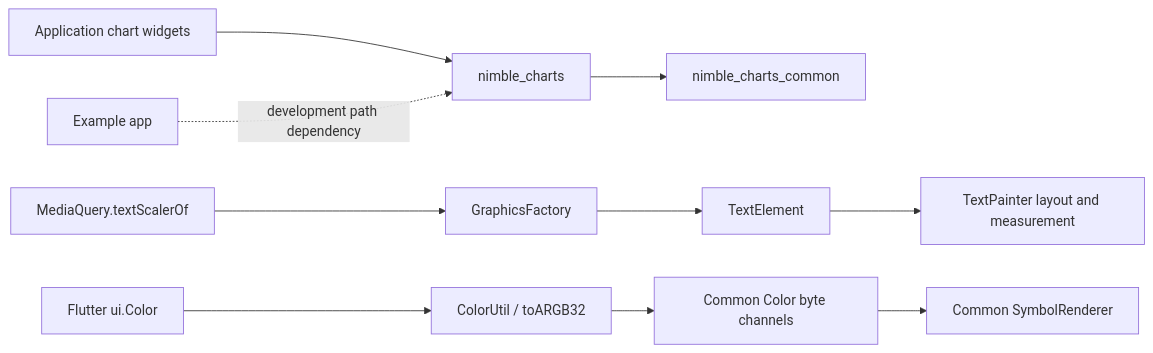
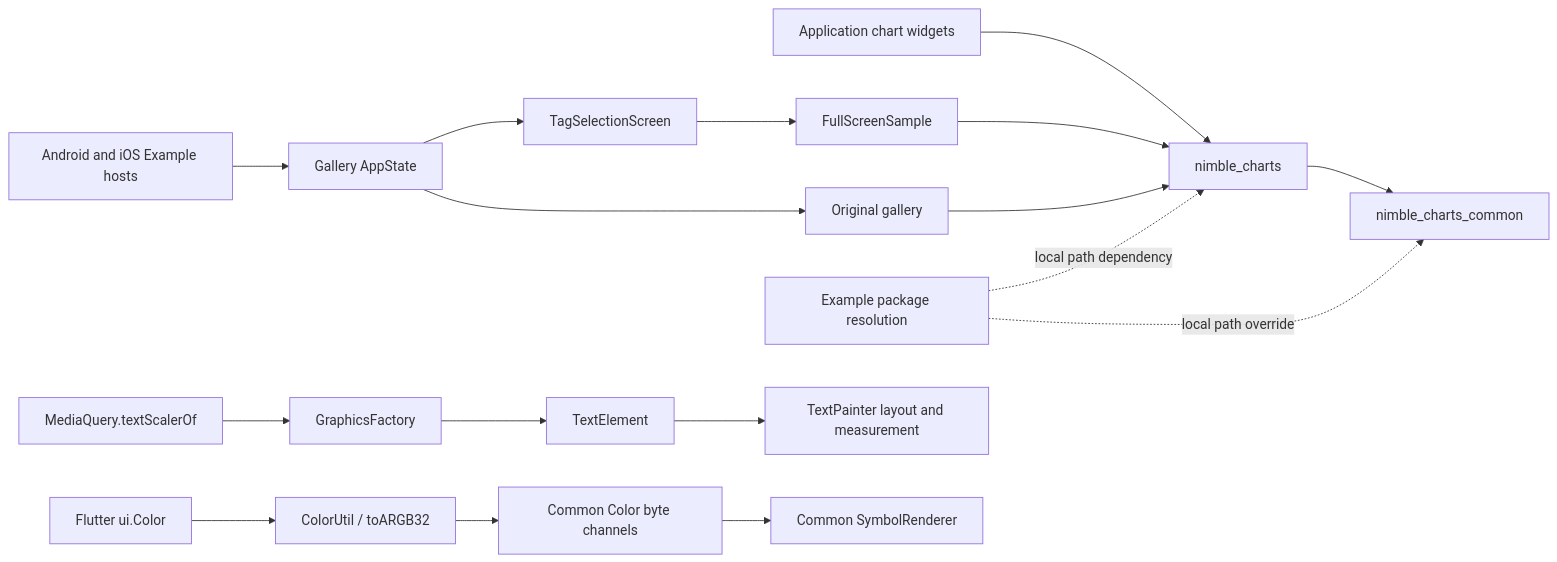
The diagram in Architecture.md (meikethomas/nimble_charts), drawn with Mermaid before and after one commit. The commit also changed other lines of this file and 62 other files, not shown here.

Commit message:
feat(example): migrate Charts Gallery hosts for Flutter 3.44.9

````diff
--- a/Architecture.md
+++ b/Architecture.md
@@ -21,14 +22,21 @@
 ```mermaid
 flowchart LR
     App["Application chart widgets"] --> Flutter["nimble_charts"]
     Flutter --> Common["nimble_charts_common"]
-    Example["Example app"] -. "development path dependency" .-> Flutter
+    State["Gallery AppState"] --> Modern["TagSelectionScreen"]
+    State --> Original["Original gallery"]
+    Modern --> Sample["FullScreenSample"]
+    Sample --> Flutter
+    Original --> Flutter
+    Example["Example package resolution"] -. "local path dependency" .-> Flutter
+    Example -. "local path override" .-> Common
+    Hosts["Android and iOS Example hosts"] --> State
 
     Media["MediaQuery.textScalerOf"] --> Factory["GraphicsFactory"]
     Factory --> Element["TextElement"]
     Element --> Painter["TextPainter layout and measurement"]
 
     UiColor["Flutter ui.Color"] --> ColorUtil["ColorUtil / toARGB32"]
     ColorUtil --> CommonColor["Common Color byte channels"]
     CommonColor --> Symbol["Common SymbolRenderer"]
 ```
````
